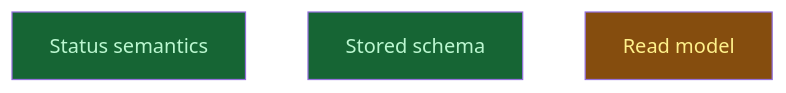
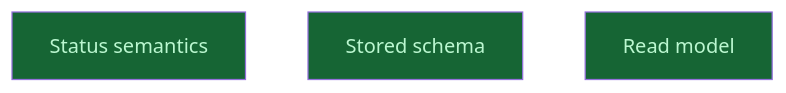
Before and after one commit to CrackingShells/cracking-shells-playbook: the diagram in __roadmap__/m0b-domain-model-spec/README.md, drawn with Mermaid. The commit also changed other lines of this file and 2 other files, not shown here.

Commit message:
chore(roadmap): close the m0b crate level

````diff
--- a/__roadmap__/m0b-domain-model-spec/README.md
+++ b/__roadmap__/m0b-domain-model-spec/README.md
@@ -49,11 +49,11 @@
 ```mermaid
 graph TD
     status_semantics[Status semantics]:::done
     stored_schema[Stored schema]:::done
-    read[Read model]:::inprogress
+    read[Read model]:::done
     classDef done       fill:#166534,color:#bbf7d0
     classDef inprogress fill:#854d0e,color:#fef08a
     classDef planned    fill:#374151,color:#e5e7eb
     classDef amendment  fill:#1e3a5f,color:#bfdbfe
     classDef blocked    fill:#7f1d1d,color:#fecaca
 ```
````
